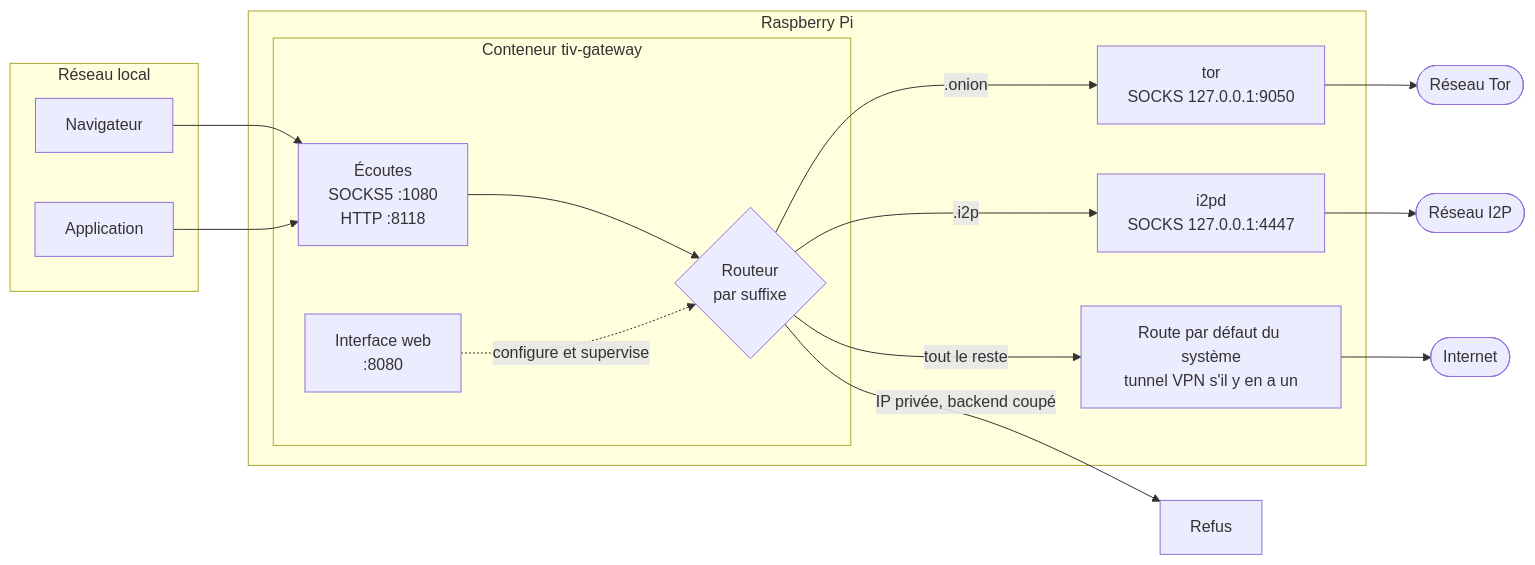
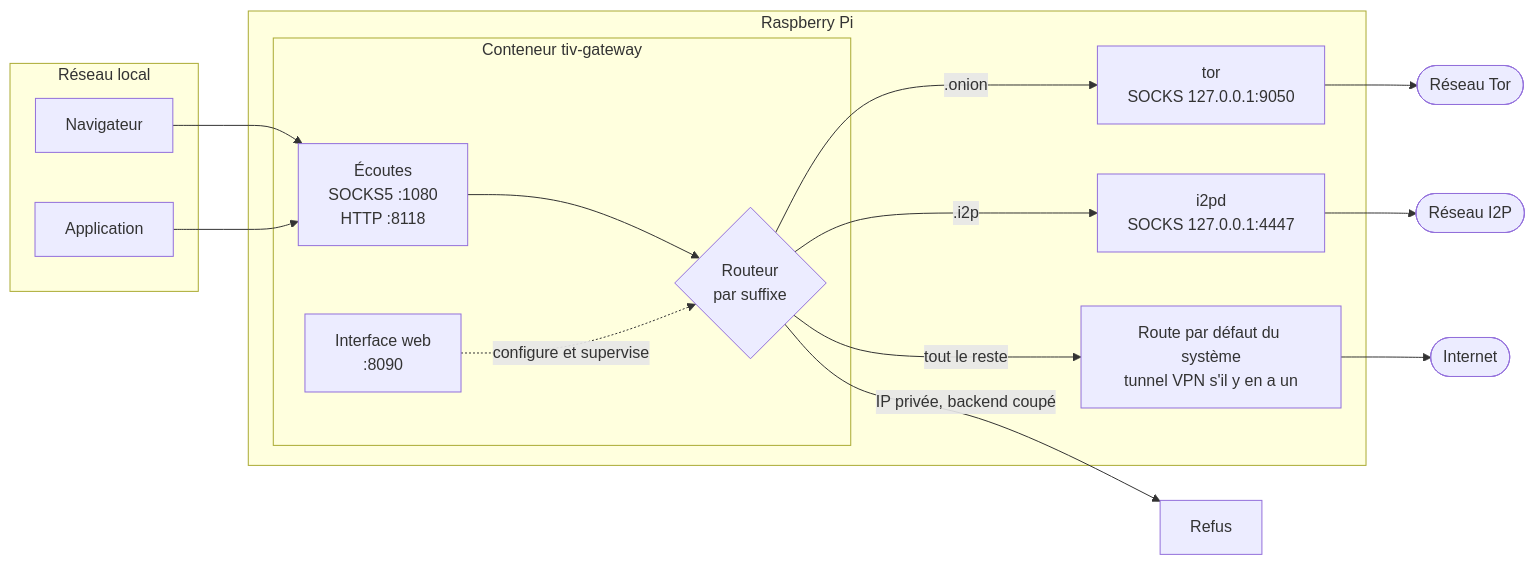
The first of 3 diagrams in README.md (venantvr-security/tor.i2p.vpn), drawn with Mermaid before and after one commit. The commit also changed other lines of this file and 18 other files, not shown here.

````diff
--- a/README.md
+++ b/README.md
@@ -23,31 +23,31 @@
 ```mermaid
 flowchart LR
     subgraph LAN["Réseau local"]
         N[Navigateur]
         A[Application]
     end
 
     subgraph RPI["Raspberry Pi"]
         subgraph C["Conteneur tiv-gateway"]
             L["Écoutes<br/>SOCKS5 :1080<br/>HTTP :8118"]
             R{"Routeur<br/>par suffixe"}
-            W["Interface web<br/>:8080"]
+            W["Interface web<br/>:8090"]
         end
         T["tor<br/>SOCKS 127.0.0.1:9050"]
         I["i2pd<br/>SOCKS 127.0.0.1:4447"]
         V["Route par défaut du système<br/>tunnel VPN s'il y en a un"]
     end
 
     N --> L
     A --> L
     L --> R
     R -->|".onion"| T
     R -->|".i2p"| I
     R -->|"tout le reste"| V
     R -->|"IP privée, backend coupé"| X["Refus"]
     W -.->|"configure et supervise"| R
 
     T --> TN(["Réseau Tor"])
     I --> IN(["Réseau I2P"])
     V --> VN(["Internet"])
 ```
````
